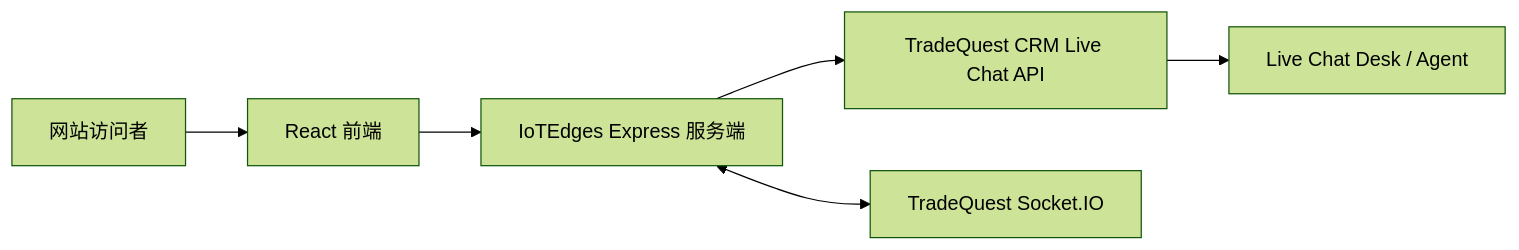
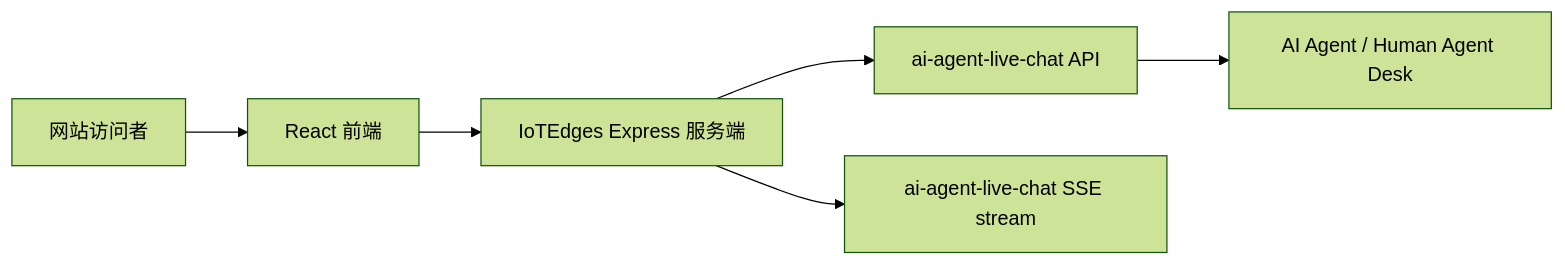
Before and after one commit to samlau0086/iotsight: the second of 2 diagrams in README.md, drawn with Mermaid (forest theme). The commit also changed other lines of this file and 4 other files, not shown here.

````diff
--- a/README.md
+++ b/README.md
@@ -561,8 +560,8 @@
 ```mermaid
 flowchart LR
   Visitor["网站访问者"] --> React["React 前端"]
   React --> Express["IoTEdges Express 服务端"]
-  Express --> CRM["TradeQuest CRM Live Chat API"]
-  Express <--> Socket["TradeQuest Socket.IO"]
-  CRM --> Desk["Live Chat Desk / Agent"]
+  Express --> AgentChat["ai-agent-live-chat API"]
+  Express --> Stream["ai-agent-live-chat SSE stream"]
+  AgentChat --> Desk["AI Agent / Human Agent Desk"]
 ```
````
